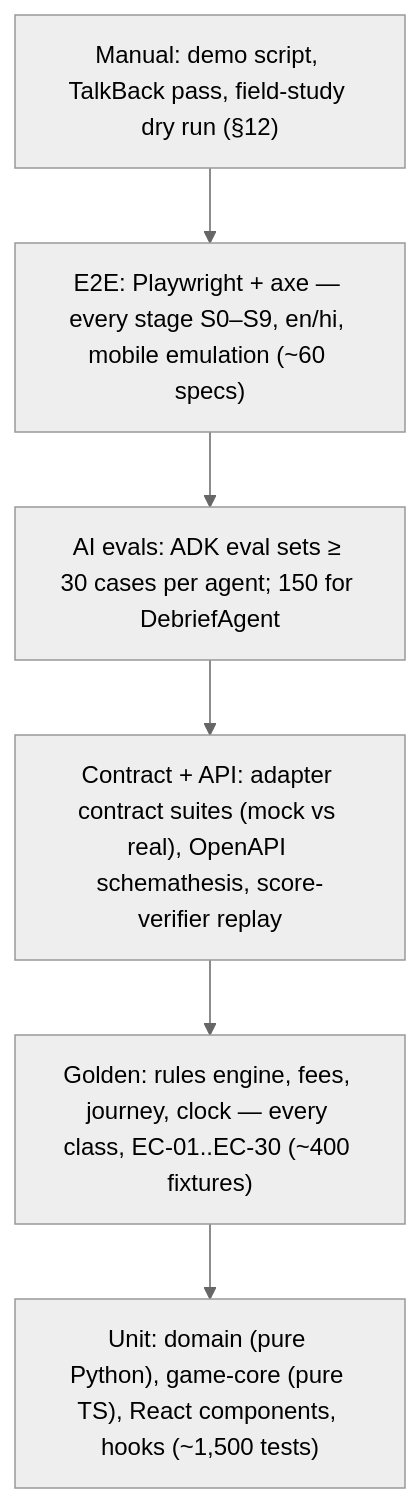
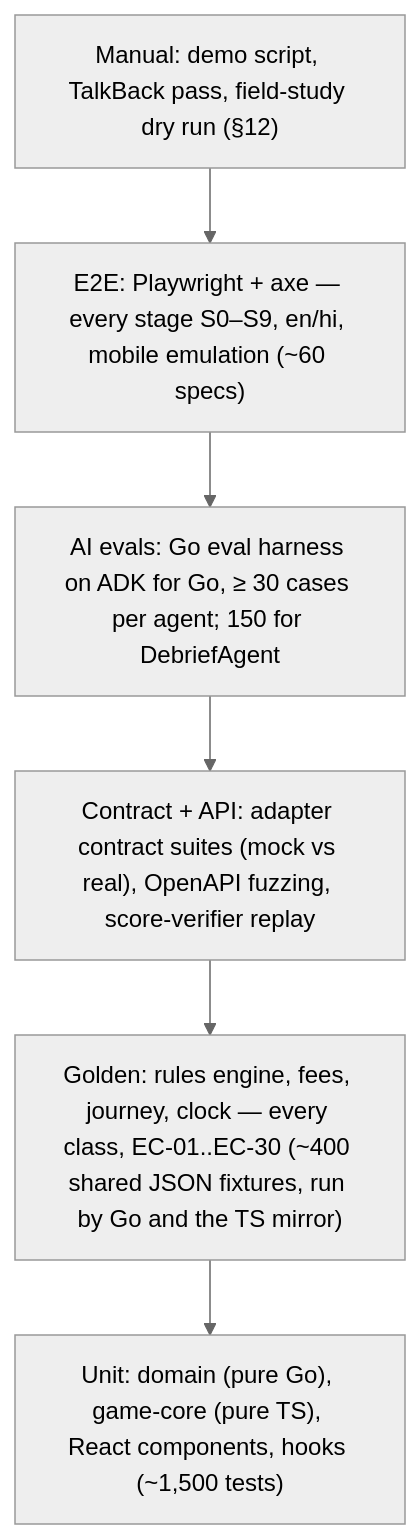
The diagram in docs/03-engineering/TESTING.md (sruj08/margadarshak), drawn with Mermaid (neutral theme) before and after one commit. The commit also changed other lines of this file and 1326 other files, not shown here.

````diff
--- a/docs/03-engineering/TESTING.md
+++ b/docs/03-engineering/TESTING.md
@@ -11,10 +34,10 @@
 ```mermaid
 flowchart TB
   M["Manual: demo script, TalkBack pass, field-study dry run (§12)"]
   E["E2E: Playwright + axe — every stage S0–S9, en/hi, mobile emulation (~60 specs)"]
-  AI["AI evals: ADK eval sets ≥ 30 cases per agent; 150 for DebriefAgent"]
-  C["Contract + API: adapter contract suites (mock vs real), OpenAPI schemathesis, score-verifier replay"]
-  G["Golden: rules engine, fees, journey, clock — every class, EC-01..EC-30 (~400 fixtures)"]
-  U["Unit: domain (pure Python), game-core (pure TS), React components, hooks (~1,500 tests)"]
+  AI["AI evals: Go eval harness on ADK for Go, ≥ 30 cases per agent; 150 for DebriefAgent"]
+  C["Contract + API: adapter contract suites (mock vs real), OpenAPI fuzzing, score-verifier replay"]
+  G["Golden: rules engine, fees, journey, clock — every class, EC-01..EC-30 (~400 shared JSON fixtures, run by Go and the TS mirror)"]
+  U["Unit: domain (pure Go), game-core (pure TS), React components, hooks (~1,500 tests)"]
   M --> E --> AI --> C --> G --> U
 ```
````
